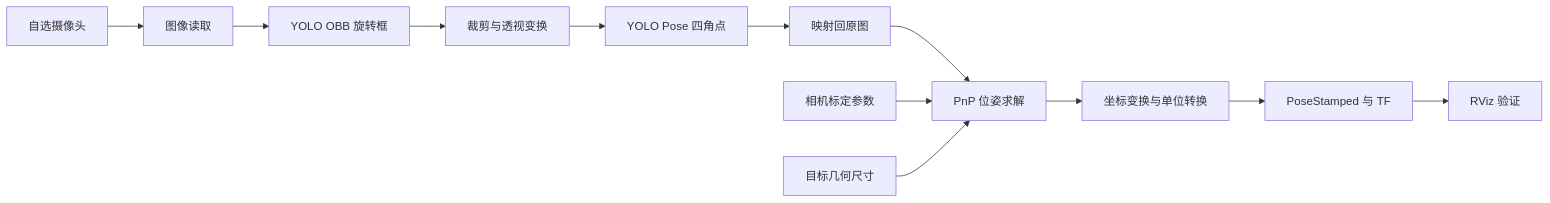
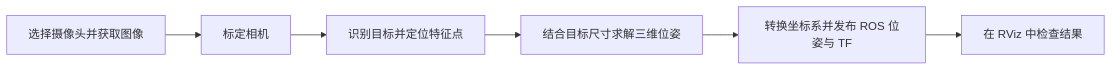
The diagram in README.md (YIshishuimu/vision-to-tf-guide), drawn with Mermaid before and after one commit. The commit also changed other lines of this file, not shown here.

````diff
--- a/README.md
+++ b/README.md
@@ -24,14 +11,8 @@
 ```mermaid
 flowchart LR
-    A[自选摄像头] --> B[图像读取]
-    B --> C[YOLO OBB 旋转框]
-    C --> D[裁剪与透视变换]
-    D --> E[YOLO Pose 四角点]
-    E --> F[映射回原图]
-    F --> G[PnP 位姿求解]
-    H[相机标定参数] --> G
-    I[目标几何尺寸] --> G
-    G --> J[坐标变换与单位转换]
-    J --> K[PoseStamped 与 TF]
-    K --> L[RViz 验证]
+    A[选择摄像头并获取图像] --> B[标定相机]
+    B --> C[识别目标并定位特征点]
+    C --> D[结合目标尺寸求解三维位姿]
+    D --> E[转换坐标系并发布 ROS 位姿与 TF]
+    E --> F[在 RViz 中检查结果]
 ```
````
